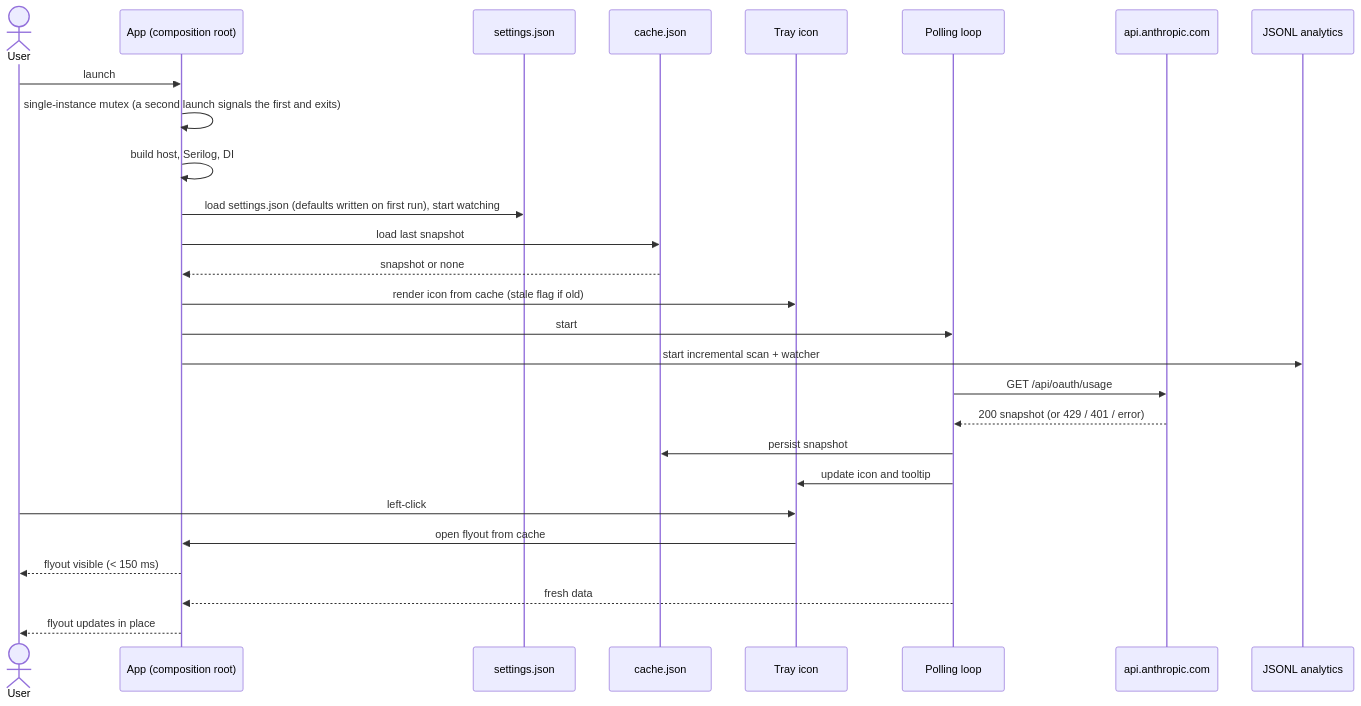
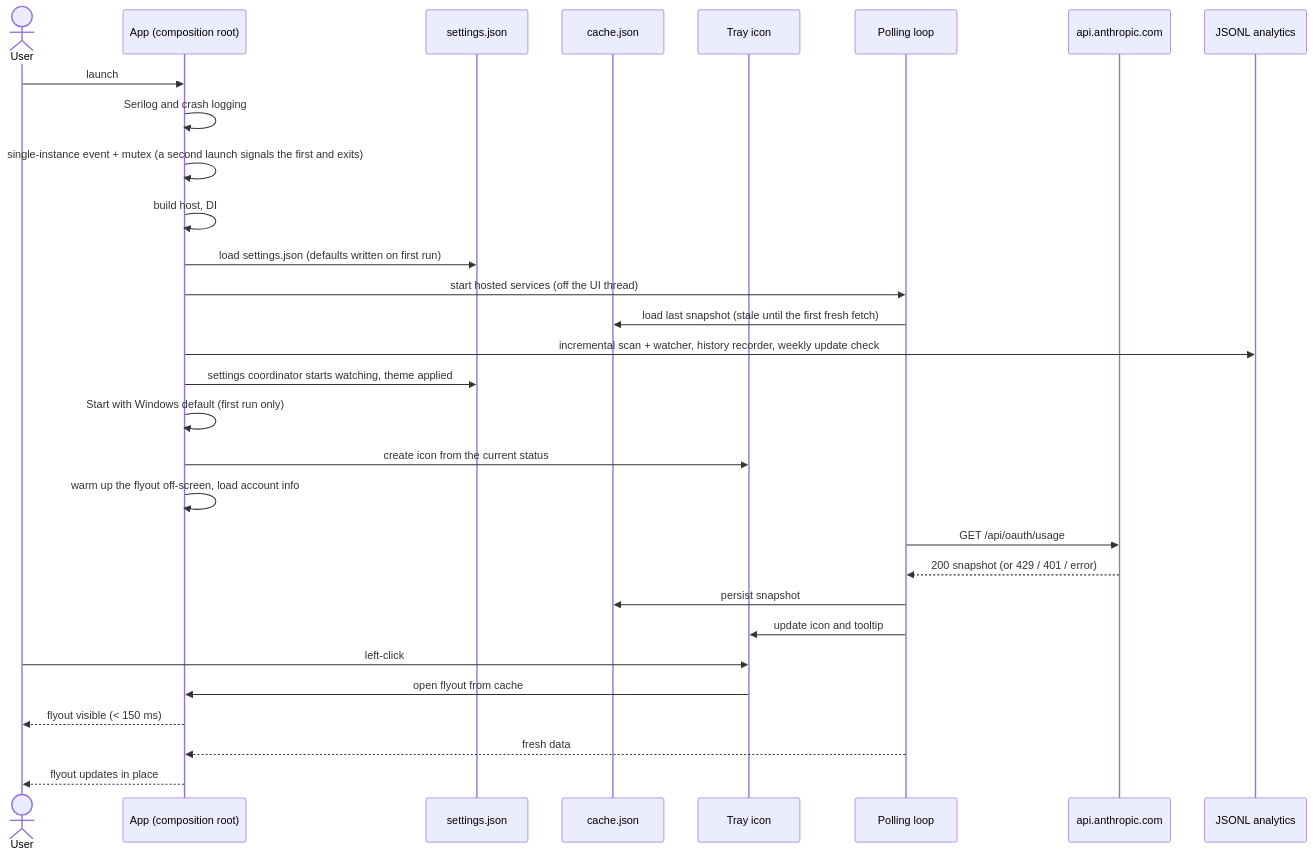
One commit to mlcousek/claude_trayapp changed the diagram in docs/diagrams/launch-sequence.md. Above: the diagram before and after it, drawn with Mermaid. The commit also changed 10 other files, not shown here.

````diff
--- a/docs/diagrams/launch-sequence.md
+++ b/docs/diagrams/launch-sequence.md
@@ -5,32 +5,35 @@
 ```mermaid
 sequenceDiagram
     actor U as User
     participant App as App (composition root)
     participant Settings as settings.json
     participant Cache as cache.json
     participant Tray as Tray icon
     participant Poll as Polling loop
     participant API as api.anthropic.com
     participant Local as JSONL analytics
 
     U->>App: launch
-    App->>App: single-instance mutex (a second launch signals the first and exits)
-    App->>App: build host, Serilog, DI
-    App->>Settings: load settings.json (defaults written on first run), start watching
-    App->>Cache: load last snapshot
-    Cache-->>App: snapshot or none
-    App->>Tray: render icon from cache (stale flag if old)
-    App->>Poll: start
-    App->>Local: start incremental scan + watcher
+    App->>App: Serilog and crash logging
+    App->>App: single-instance event + mutex (a second launch signals the first and exits)
+    App->>App: build host, DI
+    App->>Settings: load settings.json (defaults written on first run)
+    App->>Poll: start hosted services (off the UI thread)
+    Poll->>Cache: load last snapshot (stale until the first fresh fetch)
+    App->>Local: incremental scan + watcher, history recorder, weekly update check
+    App->>Settings: settings coordinator starts watching, theme applied
+    App->>App: Start with Windows default (first run only)
+    App->>Tray: create icon from the current status
+    App->>App: warm up the flyout off-screen, load account info
 
     Poll->>API: GET /api/oauth/usage
     API-->>Poll: 200 snapshot (or 429 / 401 / error)
     Poll->>Cache: persist snapshot
     Poll->>Tray: update icon and tooltip
 
     U->>Tray: left-click
     Tray->>App: open flyout from cache
     App-->>U: flyout visible (< 150 ms)
     Poll-->>App: fresh data
     App-->>U: flyout updates in place
 ```
````
